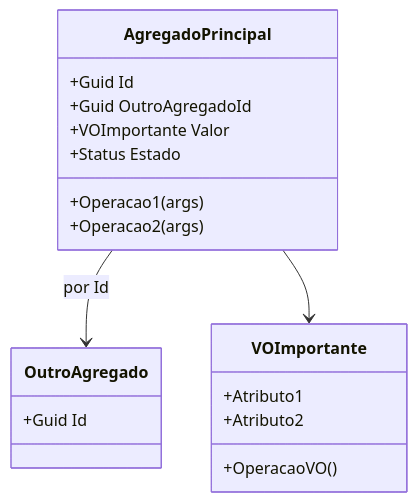
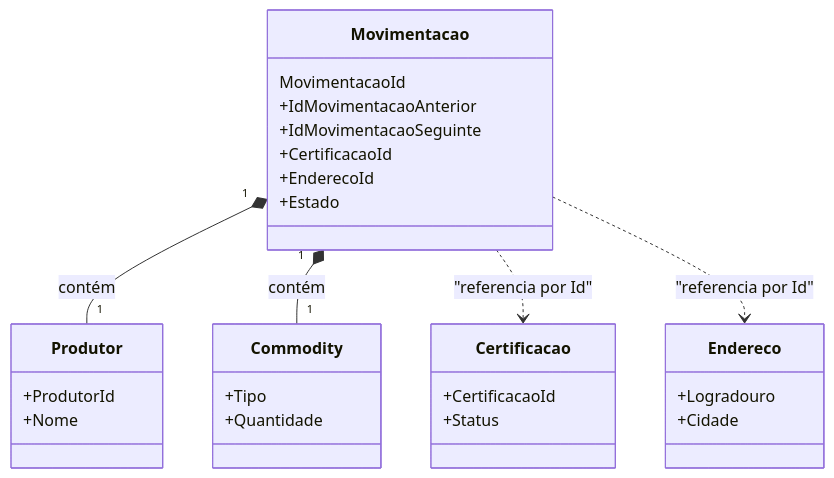
One commit to gsvalgreen/97AOJ-DDD changed the diagram in AtividadeTres/README.md. Above: the diagram before and after it, drawn with Mermaid.

Commit message:
add atividadeTres

````diff
--- a/AtividadeTres/README.md
+++ b/AtividadeTres/README.md
@@ -109,24 +109,32 @@
 ```mermaid
 classDiagram
-  class AgregadoPrincipal {
-    +Guid Id
-    +Guid OutroAgregadoId
-    +VOImportante Valor
-    +Status Estado
-    +Operacao1(args)
-    +Operacao2(args)
-  }
-
-  class VOImportante {
-    +Atributo1
-    +Atributo2
-    +OperacaoVO()
-  }
-
-  class OutroAgregado {
-    +Guid Id
-  }
-
-  AgregadoPrincipal --> OutroAgregado : por Id
-  AgregadoPrincipal --> VOImportante
+    direction TB
+    class Movimentacao {
+        MovimentacaoId
+        +IdMovimentacaoAnterior
+        +IdMovimentacaoSeguinte
+        +CertificacaoId
+        +EnderecoId
+        +Estado
+    }
+    class Produtor {
+        +ProdutorId
+        +Nome
+    }
+    class Commodity {
+        +Tipo
+        +Quantidade
+    }
+    class Certificacao {
+        +CertificacaoId
+        +Status
+    }
+    class Endereco {
+        +Logradouro
+        +Cidade
+    }
+    Movimentacao "1" *-- "1" Produtor: contém
+    Movimentacao "1" *-- "1" Commodity: contém
+    Movimentacao ..> Certificacao: "referencia por Id"
+    Movimentacao ..> Endereco: "referencia por Id"
 ```
````
